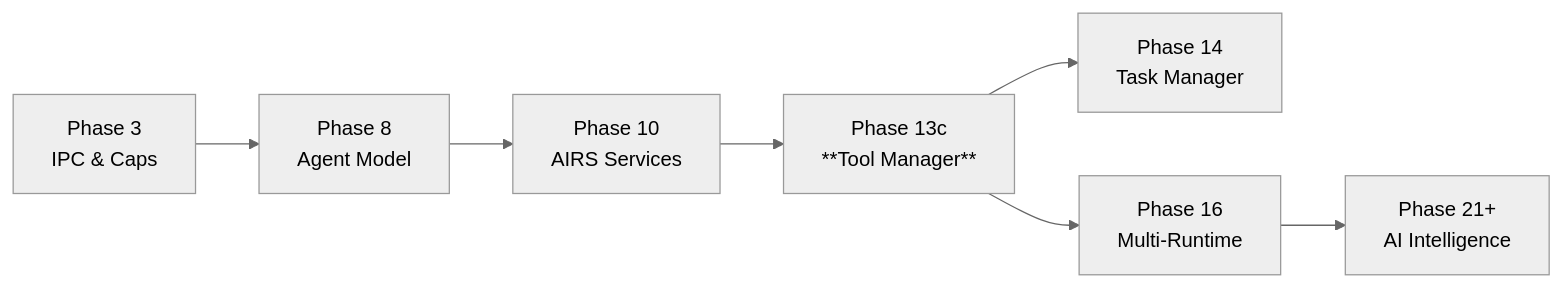
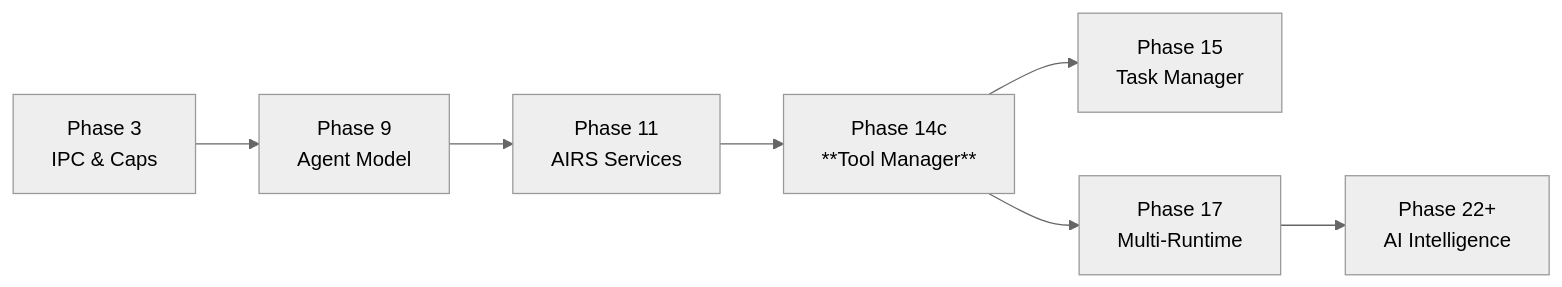
Before and after one commit to juslee/aios: the third of 3 diagrams in docs/intelligence/tool-manager.md, drawn with Mermaid (neutral theme). The commit also changed other lines of this file and 135 other files, not shown here.

First line of the commit message:
Renumber Phase 5→6 through Phase 46→47 across architecture docs

````diff
--- a/docs/intelligence/tool-manager.md
+++ b/docs/intelligence/tool-manager.md
@@ -169,16 +169,16 @@
 ```mermaid
 flowchart LR
     P3["Phase 3
-    IPC & Caps"] --> P8["Phase 8
+    IPC & Caps"] --> P8["Phase 9
     Agent Model"]
-    P8 --> P10["Phase 10
+    P8 --> P10["Phase 11
     AIRS Services"]
-    P10 --> P13["Phase 13c
+    P10 --> P13["Phase 14c
     **Tool Manager**"]
-    P13 --> P14["Phase 14
+    P13 --> P14["Phase 15
     Task Manager"]
-    P13 --> P16["Phase 16
+    P13 --> P16["Phase 17
     Multi-Runtime"]
-    P16 --> P21["Phase 21+
+    P16 --> P21["Phase 22+
     AI Intelligence"]
 ```
````
